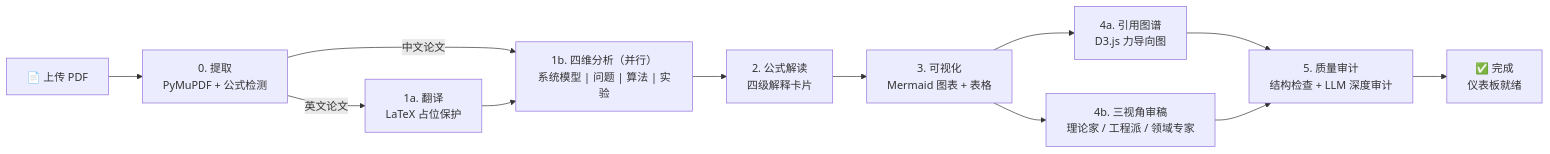
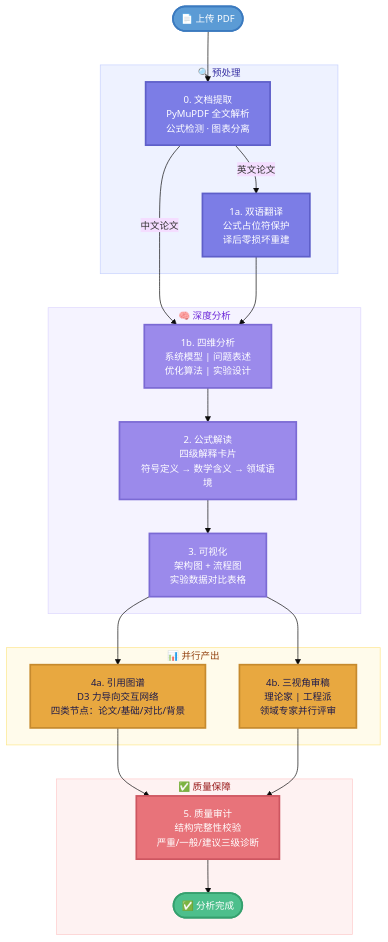
One commit to silver4444-xs/silver_research_bot changed the first of 2 diagrams in README.md. Above: the diagram before and after it, drawn with Mermaid. The commit also changed other lines of this file, not shown here.

First line of the commit message:
@ docs: refine Mermaid diagrams in README — softer palette, phase-grouped pipeline, Chinese labels

````diff
--- a/README.md
+++ b/README.md
@@ -187,14 +95,47 @@
 ```mermaid
-flowchart LR
-    UPLOAD["📄 上传 PDF"] --> EXTRACT["0. 提取<br/>PyMuPDF + 公式检测"]
-    EXTRACT -->|"英文论文"| TRANSLATE["1a. 翻译<br/>LaTeX 占位保护"]
+%%{init: {'theme':'base', 'themeVariables': { 'fontSize':'14px','fontFamily':'system-ui, sans-serif' }}}%%
+flowchart TD
+    UPLOAD(["📄 上传 PDF"]):::entry --> EXTRACT
+
+    subgraph PRE["🔍 预处理"]
+        EXTRACT["0. 文档提取<br/>PyMuPDF 全文解析<br/>公式检测 · 图表分离"]:::process
+        TRANS["1a. 双语翻译<br/>公式占位符保护<br/>译后零损坏重建"]:::process
+    end
+
+    subgraph CORE["🧠 深度分析"]
+        ANALYZE["1b. 四维分析<br/>系统模型 | 问题表述<br/>优化算法 | 实验设计"]:::analysis
+        FORMULA["2. 公式解读<br/>四级解释卡片<br/>符号定义 → 数学含义 → 领域语境"]:::analysis
+        VIS["3. 可视化<br/>架构图 + 流程图<br/>实验数据对比表格"]:::analysis
+    end
+
+    subgraph PROD["📊 并行产出"]
+        CITE["4a. 引用图谱<br/>D3 力导向交互网络<br/>四类节点：论文/基础/对比/背景"]:::output
+        REVIEW["4b. 三视角审稿<br/>理论家 | 工程派<br/>领域专家并行评审"]:::output
+    end
+
+    subgraph QA["✅ 质量保障"]
+        AUDIT["5. 质量审计<br/>结构完整性校验<br/>严重/一般/建议三级诊断"]:::review
+        DONE(["✅ 分析完成"]):::done
+    end
+
     EXTRACT -->|"中文论文"| ANALYZE
-    TRANSLATE --> ANALYZE["1b. 四维分析（并行）<br/>系统模型 | 问题 | 算法 | 实验"]
-    ANALYZE --> FORMULA["2. 公式解读<br/>四级解释卡片"]
-    FORMULA --> VIS["3. 可视化<br/>Mermaid 图表 + 表格"]
-    VIS --> CITATION["4a. 引用图谱<br/>D3.js 力导向图"]
-    VIS --> REVIEW["4b. 三视角审稿<br/>理论家 / 工程派 / 领域专家"]
-    CITATION --> AUDIT["5. 质量审计<br/>结构检查 + LLM 深度审计"]
+    EXTRACT -->|"英文论文"| TRANS
+    TRANS --> ANALYZE
+    ANALYZE --> FORMULA --> VIS
+    VIS --> CITE & REVIEW
+    CITE --> AUDIT
     REVIEW --> AUDIT
-    AUDIT --> DONE["✅ 完成<br/>仪表板就绪"]
+    AUDIT --> DONE
+
+    classDef entry fill:#5b9bd5,stroke:#3b7abf,color:#fff,stroke-width:2.5px
+    classDef process fill:#7c7de6,stroke:#5e5fc9,color:#fff,stroke-width:2.5px
+    classDef analysis fill:#9b8aeb,stroke:#7b6ad4,color:#fff,stroke-width:2.5px
+    classDef output fill:#e8a840,stroke:#c68a2e,color:#1e1b4b,stroke-width:2.5px
+    classDef review fill:#e8737a,stroke:#cd5660,color:#fff,stroke-width:2.5px
+    classDef done fill:#4dbf8c,stroke:#35a06e,color:#fff,stroke-width:2.5px
+
+    style PRE fill:#eef2ff,stroke:#c7d2fe,color:#3730a3
+    style CORE fill:#f5f3ff,stroke:#ddd6fe,color:#6d28d9
+    style PROD fill:#fffbeb,stroke:#fde68a,color:#92400e
+    style QA fill:#fef2f2,stroke:#fecaca,color:#991b1b
 ```
````
